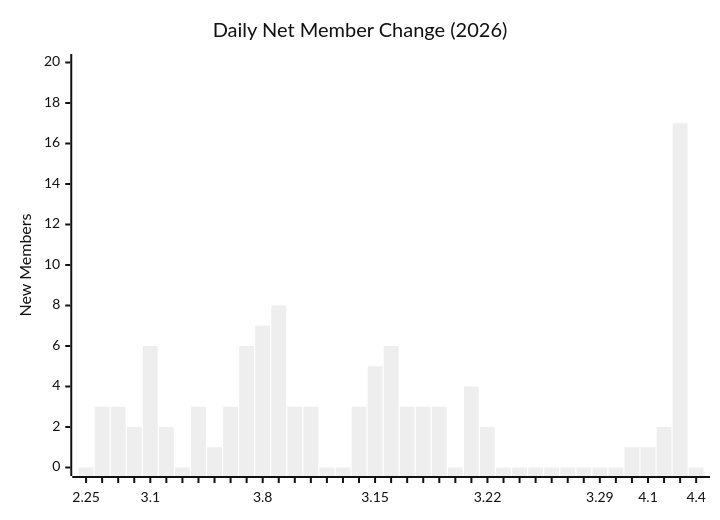
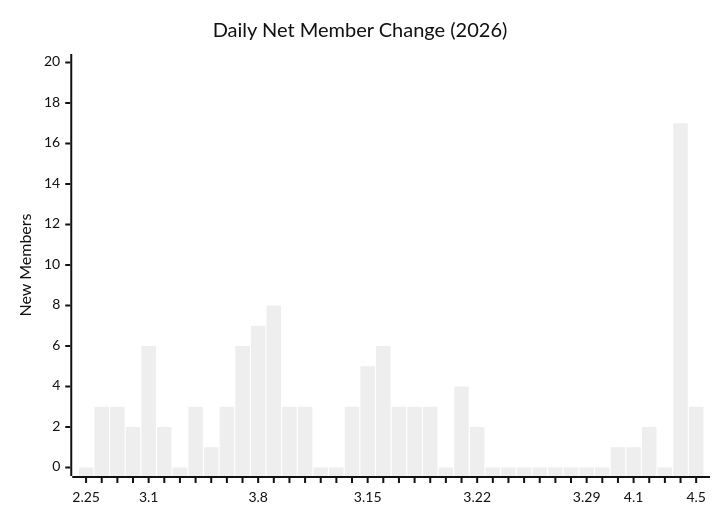
Before and after one commit to MattSherwood/March-web: the third of 3 diagrams in exports/charts/daily-cumulative-member-tally-2026.md, drawn with Mermaid (neutral theme). The commit also changed other lines of this file and 4 other files, not shown here.

````diff
--- a/exports/charts/daily-cumulative-member-tally-2026.md
+++ b/exports/charts/daily-cumulative-member-tally-2026.md
@@ -25,7 +25,7 @@
 ```mermaid
 xychart-beta
     title "Daily Net Member Change (2026)"
-    x-axis ["2.25", "​​", "​​​", "​​​​", "3.1", "​​​​​​", "​​​​​​​", "​​​​​​​​", "​​​​​​​​​", "​​​​​​​​​​", "​​​​​​​​​​​", "3.8", "​​​​​​​​​​​​​", "​​​​​​​​​​​​​​", "​​​​​​​​​​​​​​​", "​​​​​​​​​​​​​​​​", "​​​​​​​​​​​​​​​​​", "​​​​​​​​​​​​​​​​​​", "3.15", "​​​​​​​​​​​​​​​​​​​​", "​​​​​​​​​​​​​​​​​​​​​", "​​​​​​​​​​​​​​​​​​​​​​", "​​​​​​​​​​​​​​​​​​​​​​​", "​​​​​​​​​​​​​​​​​​​​​​​​", "​​​​​​​​​​​​​​​​​​​​​​​​​", "3.22", "​​​​​​​​​​​​​​​​​​​​​​​​​​​", "​​​​​​​​​​​​​​​​​​​​​​​​​​​​", "​​​​​​​​​​​​​​​​​​​​​​​​​​​​​", "​​​​​​​​​​​​​​​​​​​​​​​​​​​​​​", "​​​​​​​​​​​​​​​​​​​​​​​​​​​​​​​", "​​​​​​​​​​​​​​​​​​​​​​​​​​​​​​​​", "3.29", "​​​​​​​​​​​​​​​​​​​​​​​​​​​​​​​​​​", "​​​​​​​​​​​​​​​​​​​​​​​​​​​​​​​​​​​", "4.1", "​​​​​​​​​​​​​​​​​​​​​​​​​​​​​​​​​​​​​", "​​​​​​​​​​​​​​​​​​​​​​​​​​​​​​​​​​​​​​", "4.4"]
+    x-axis ["2.25", "​​", "​​​", "​​​​", "3.1", "​​​​​​", "​​​​​​​", "​​​​​​​​", "​​​​​​​​​", "​​​​​​​​​​", "​​​​​​​​​​​", "3.8", "​​​​​​​​​​​​​", "​​​​​​​​​​​​​​", "​​​​​​​​​​​​​​​", "​​​​​​​​​​​​​​​​", "​​​​​​​​​​​​​​​​​", "​​​​​​​​​​​​​​​​​​", "3.15", "​​​​​​​​​​​​​​​​​​​​", "​​​​​​​​​​​​​​​​​​​​​", "​​​​​​​​​​​​​​​​​​​​​​", "​​​​​​​​​​​​​​​​​​​​​​​", "​​​​​​​​​​​​​​​​​​​​​​​​", "​​​​​​​​​​​​​​​​​​​​​​​​​", "3.22", "​​​​​​​​​​​​​​​​​​​​​​​​​​​", "​​​​​​​​​​​​​​​​​​​​​​​​​​​​", "​​​​​​​​​​​​​​​​​​​​​​​​​​​​​", "​​​​​​​​​​​​​​​​​​​​​​​​​​​​​​", "​​​​​​​​​​​​​​​​​​​​​​​​​​​​​​​", "​​​​​​​​​​​​​​​​​​​​​​​​​​​​​​​​", "3.29", "​​​​​​​​​​​​​​​​​​​​​​​​​​​​​​​​​​", "​​​​​​​​​​​​​​​​​​​​​​​​​​​​​​​​​​​", "4.1", "​​​​​​​​​​​​​​​​​​​​​​​​​​​​​​​​​​​​​", "​​​​​​​​​​​​​​​​​​​​​​​​​​​​​​​​​​​​​​", "​​​​​​​​​​​​​​​​​​​​​​​​​​​​​​​​​​​​​​​", "4.5"]
     y-axis "New Members" 0 --> 20
-    bar [0, 3, 3, 2, 6, 2, 0, 3, 1, 3, 6, 7, 8, 3, 3, 0, 0, 3, 5, 6, 3, 3, 3, 0, 4, 2, 0, 0, 0, 0, 0, 0, 0, 0, 1, 1, 2, 17, 0]
+    bar [0, 3, 3, 2, 6, 2, 0, 3, 1, 3, 6, 7, 8, 3, 3, 0, 0, 3, 5, 6, 3, 3, 3, 0, 4, 2, 0, 0, 0, 0, 0, 0, 0, 0, 1, 1, 2, 0, 17, 3]
 ```
````
